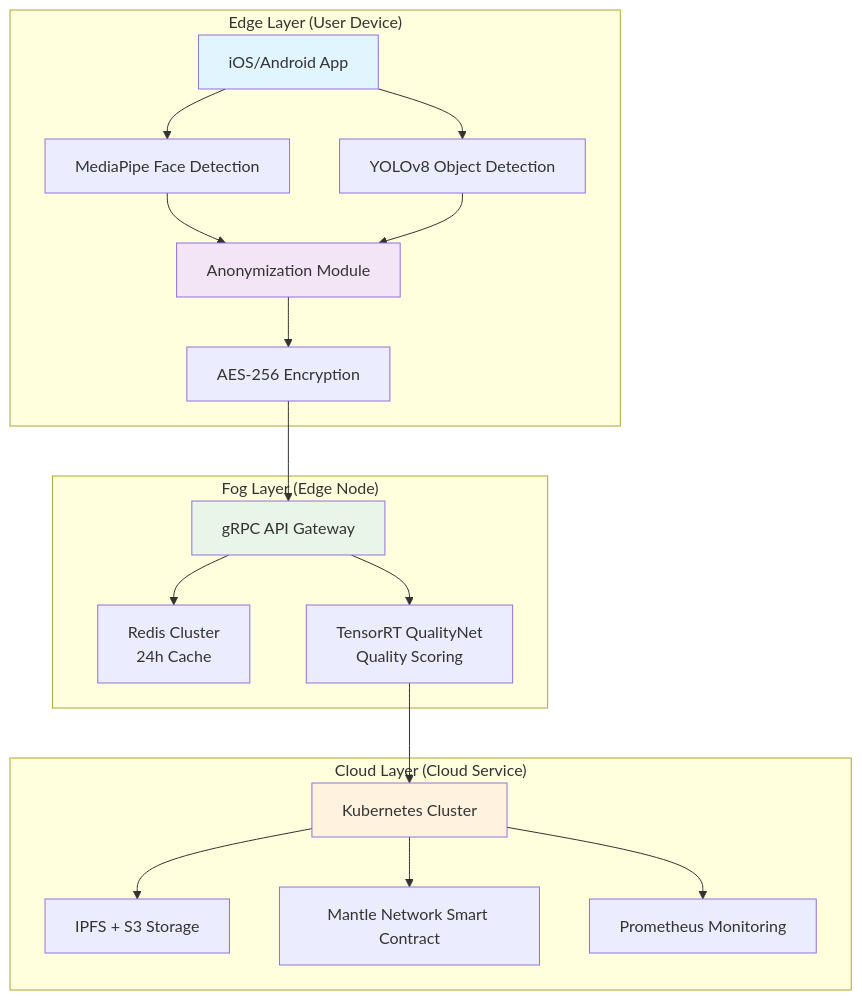
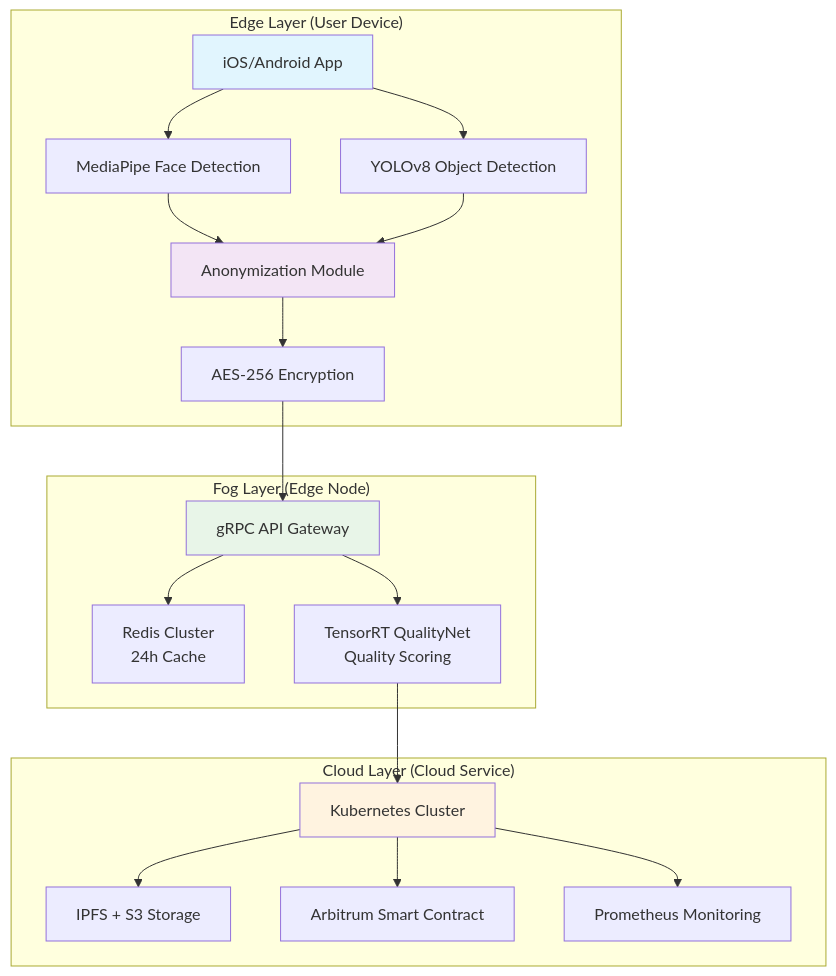
One commit to johnny9007025/humanoid-data-demo changed the first of 9 diagrams in chapter-4-technical-architecture.md. Above: the diagram before and after it, drawn with Mermaid. The commit also changed other lines of this file and 2 other files, not shown here.

````diff
--- a/chapter-4-technical-architecture.md
+++ b/chapter-4-technical-architecture.md
@@ -21,36 +21,36 @@
 ```mermaid
 graph TB
     subgraph "Edge Layer (User Device)"
         A[iOS/Android App] --> B[MediaPipe Face Detection]
         A --> C[YOLOv8 Object Detection]
         B --> D[Anonymization Module]
         C --> D
         D --> E[AES-256 Encryption]
     end
     
     subgraph "Fog Layer (Edge Node)"
         F[Redis Cluster<br/>24h Cache] 
         G[TensorRT QualityNet<br/>Quality Scoring]
         H[gRPC API Gateway]
     end
     
     subgraph "Cloud Layer (Cloud Service)"
         I[Kubernetes Cluster]
         J[IPFS + S3 Storage]
-        K[Mantle Network Smart Contract]
+        K[Arbitrum Smart Contract]
         L[Prometheus Monitoring]
     end
     
     E --> H
     H --> F
     H --> G
     G --> I
     I --> J
     I --> K
     I --> L
     
     style A fill:#e1f5fe
     style D fill:#f3e5f5
     style H fill:#e8f5e8
     style I fill:#fff3e0
 ```
````
